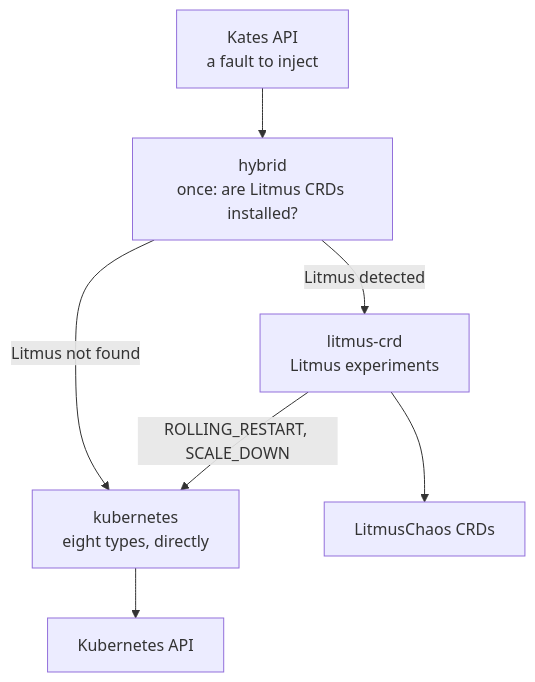
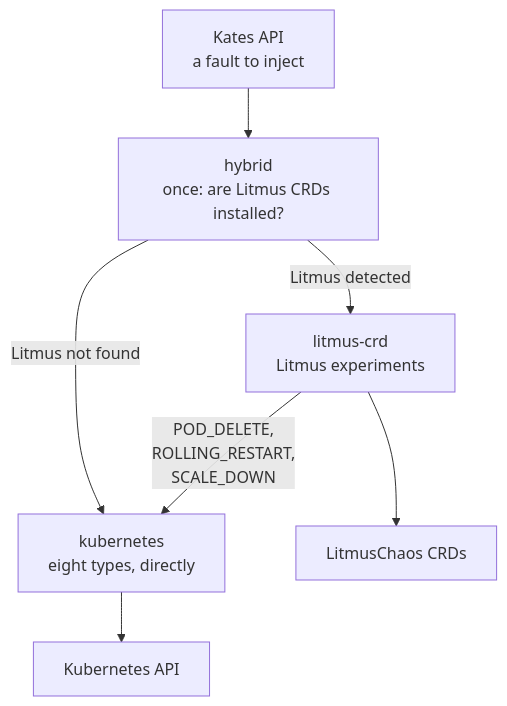
One commit to actions-marketplace-validations/bmscomp_kates changed the second of 9 diagrams in docs/book/07-chaos-practice.md. Above: the diagram before and after it, drawn with Mermaid. The commit also changed other lines of this file and 11 other files, not shown here.

````diff
--- a/docs/book/07-chaos-practice.md
+++ b/docs/book/07-chaos-practice.md
@@ -168,14 +168,14 @@
 ```mermaid
 %%| label: fig-practice-hybrid-provider
 %%| fig-cap: "With `kates.chaos.provider=hybrid`, Kates looks for the LitmusChaos CRDs once, and sends every fault to the provider it picked."
-%%| fig-alt: "Flowchart. A fault from the Kates API goes to the hybrid provider, which asks once whether the Litmus CRDs are installed. If Litmus is detected, it uses the litmus-crd provider, which runs Litmus experiments through the LitmusChaos CRDs and hands ROLLING_RESTART and SCALE_DOWN to the kubernetes provider. If Litmus is not found, it uses the kubernetes provider, which calls the Kubernetes API directly for the eight types it implements."
+%%| fig-alt: "Flowchart. A fault from the Kates API goes to the hybrid provider, which asks once whether the Litmus CRDs are installed. If Litmus is detected, it uses the litmus-crd provider, which runs Litmus experiments through the LitmusChaos CRDs and hands POD_DELETE, ROLLING_RESTART and SCALE_DOWN to the kubernetes provider. If Litmus is not found, it uses the kubernetes provider, which calls the Kubernetes API directly for the eight types it implements."
 graph TD
     DO[Kates API<br/>a fault to inject] --> HCP[hybrid<br/>once: are Litmus CRDs installed?]
     
     HCP -->|Litmus detected| LCP[litmus-crd<br/>Litmus experiments]
     HCP -->|Litmus not found| KCP[kubernetes<br/>eight types, directly]
     
     LCP --> LIT[LitmusChaos CRDs]
-    LCP -->|ROLLING_RESTART, SCALE_DOWN| KCP
+    LCP -->|POD_DELETE,<br/>ROLLING_RESTART,<br/>SCALE_DOWN| KCP
     KCP --> K8S[Kubernetes API]
 ```
````
